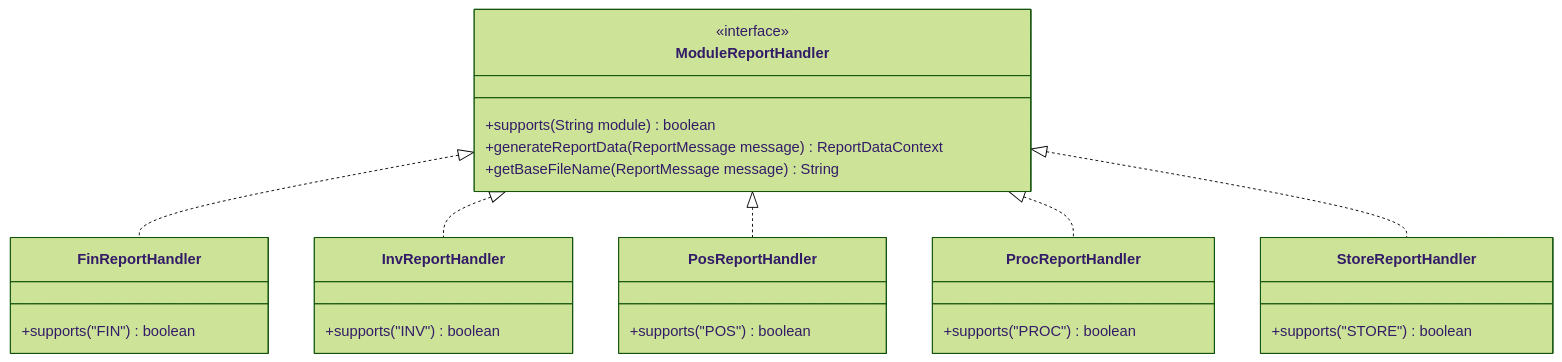
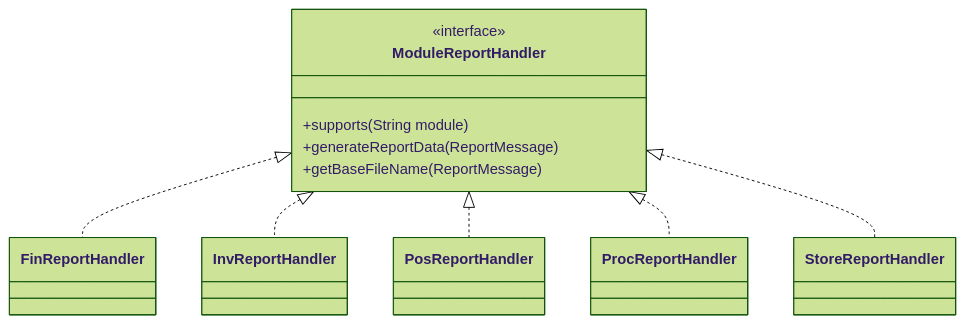
One commit to F-B-Chain-ERP/queue-service changed the second of 2 diagrams in README.md. Above: the diagram before and after it, drawn with Mermaid (forest theme). The commit also changed other lines of this file, not shown here.

````diff
--- a/README.md
+++ b/README.md
@@ -173,30 +127,14 @@
 ```mermaid
 classDiagram
     class ModuleReportHandler {
         <<interface>>
-        +supports(String module) boolean
-        +generateReportData(ReportMessage message) ReportDataContext
-        +getBaseFileName(ReportMessage message) String
+        +supports(String module)
+        +generateReportData(ReportMessage)
+        +getBaseFileName(ReportMessage)
     }
-    class FinReportHandler {
-        +supports("FIN") boolean
-    }
-    class InvReportHandler {
-        +supports("INV") boolean
-    }
-    class PosReportHandler {
-        +supports("POS") boolean
-    }
-    class ProcReportHandler {
-        +supports("PROC") boolean
-    }
-    class StoreReportHandler {
-        +supports("STORE") boolean
-    }
-
     ModuleReportHandler <|.. FinReportHandler
     ModuleReportHandler <|.. InvReportHandler
     ModuleReportHandler <|.. PosReportHandler
     ModuleReportHandler <|.. ProcReportHandler
     ModuleReportHandler <|.. StoreReportHandler
 ```
````
